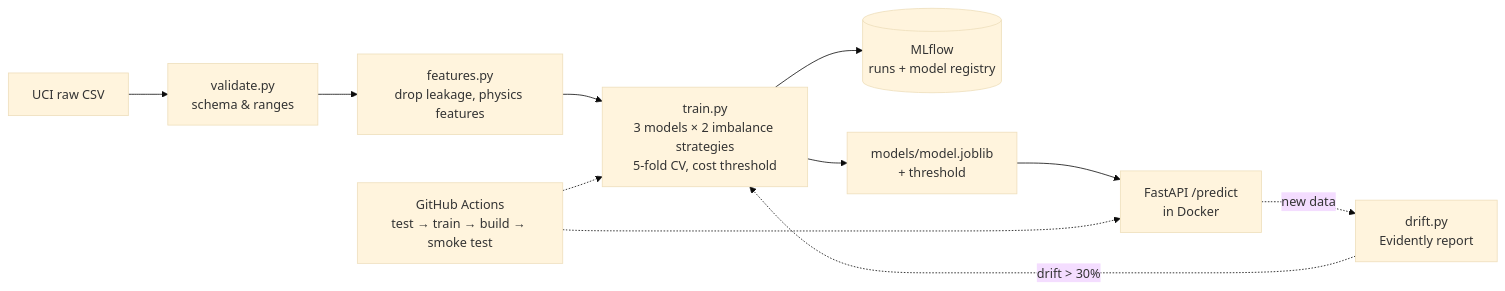
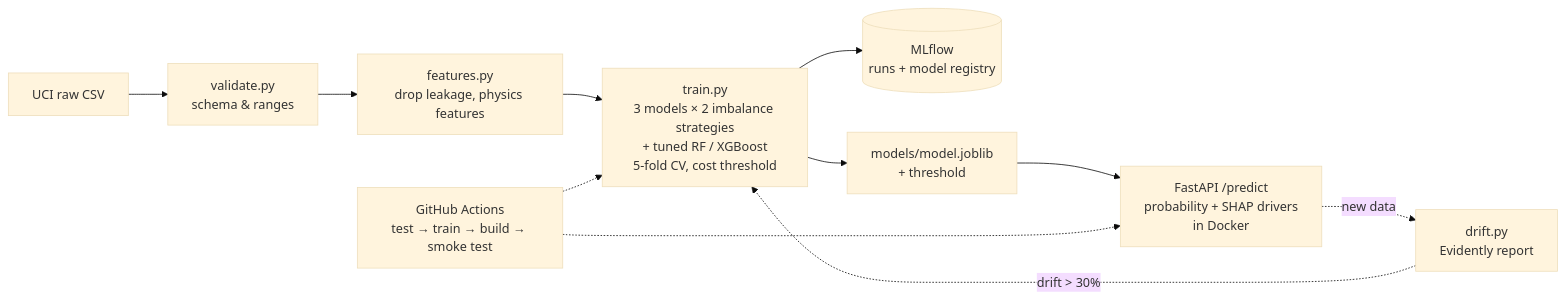
Before and after one commit to sarthak-bendre/predictive-maintenance: the diagram in README.md, drawn with Mermaid (base theme). The commit also changed other lines of this file and 12 other files, not shown here.

First line of the commit message:
Explain each prediction, tune RF/XGBoost, slim the API image

````diff
--- a/README.md
+++ b/README.md
@@ -5,12 +7,12 @@
 ```mermaid
 flowchart LR
     A[UCI raw CSV] --> B[validate.py<br/>schema & ranges]
     B --> C[features.py<br/>drop leakage, physics features]
-    C --> D[train.py<br/>3 models × 2 imbalance strategies<br/>5-fold CV, cost threshold]
+    C --> D[train.py<br/>3 models × 2 imbalance strategies<br/>+ tuned RF / XGBoost<br/>5-fold CV, cost threshold]
     D --> E[(MLflow<br/>runs + model registry)]
     D --> F[models/model.joblib<br/>+ threshold]
-    F --> G[FastAPI /predict<br/>in Docker]
+    F --> G[FastAPI /predict<br/>probability + SHAP drivers<br/>in Docker]
     G -. new data .-> H[drift.py<br/>Evidently report]
     H -. drift > 30% .-> D
     CI[GitHub Actions<br/>test → train → build → smoke test] -.-> D & G
 ```
````
